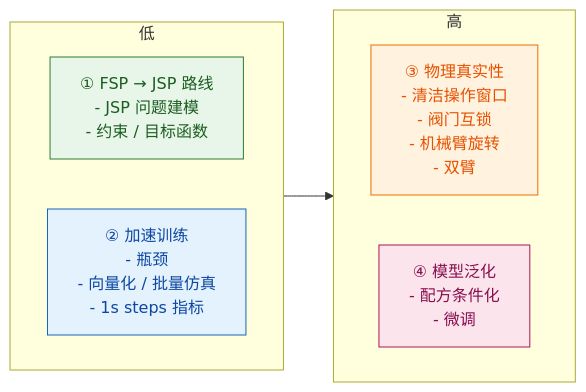
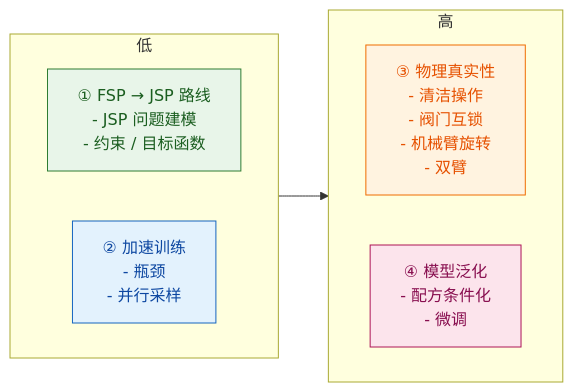
One commit to wikyzhibo/CT changed the fourth of 4 diagrams in docs/project.md. Above: the diagram before and after it, drawn with Mermaid. The commit also changed other lines of this file and 7 other files, not shown here.

````diff
--- a/docs/project.md
+++ b/docs/project.md
@@ -244,22 +244,22 @@
 ```mermaid
 flowchart LR
   classDef q1 fill:#E8F5E9,stroke:#2E7D32,color:#1B5E20;
   classDef q2 fill:#FFF3E0,stroke:#EF6C00,color:#E65100;
   classDef q3 fill:#E3F2FD,stroke:#1565C0,color:#0D47A1;
   classDef q4 fill:#FCE4EC,stroke:#AD1457,color:#880E4F;
 
   subgraph R["低"]
     direction RL
     Q1["① FSP → JSP 路线<br/>- JSP 问题建模<br/>- 约束 / 目标函数<br/>"]:::q1
-    Q3["② 加速训练<br/>- 瓶颈<br/>- 向量化 / 批量仿真<br/>- 1s steps 指标"]:::q3
+    Q3["② 加速训练<br/>- 瓶颈<br/>- 并行采样<br/>"]:::q3
   end
   
   subgraph L["高"]
     direction RL
-    Q2["③ 物理真实性<br/>- 清洁操作窗口<br/>- 阀门互锁 <br/>- 机械臂旋转<br/>- 双臂"]:::q2
+    Q2["③ 物理真实性<br/>- 清洁操作<br/>- 阀门互锁 <br/>- 机械臂旋转<br/>- 双臂"]:::q2
     Q4["④ 模型泛化<br/>- 配方条件化<br/>- 微调<br/>"]:::q4
   end
   
   R --> L
 
 ```
````
